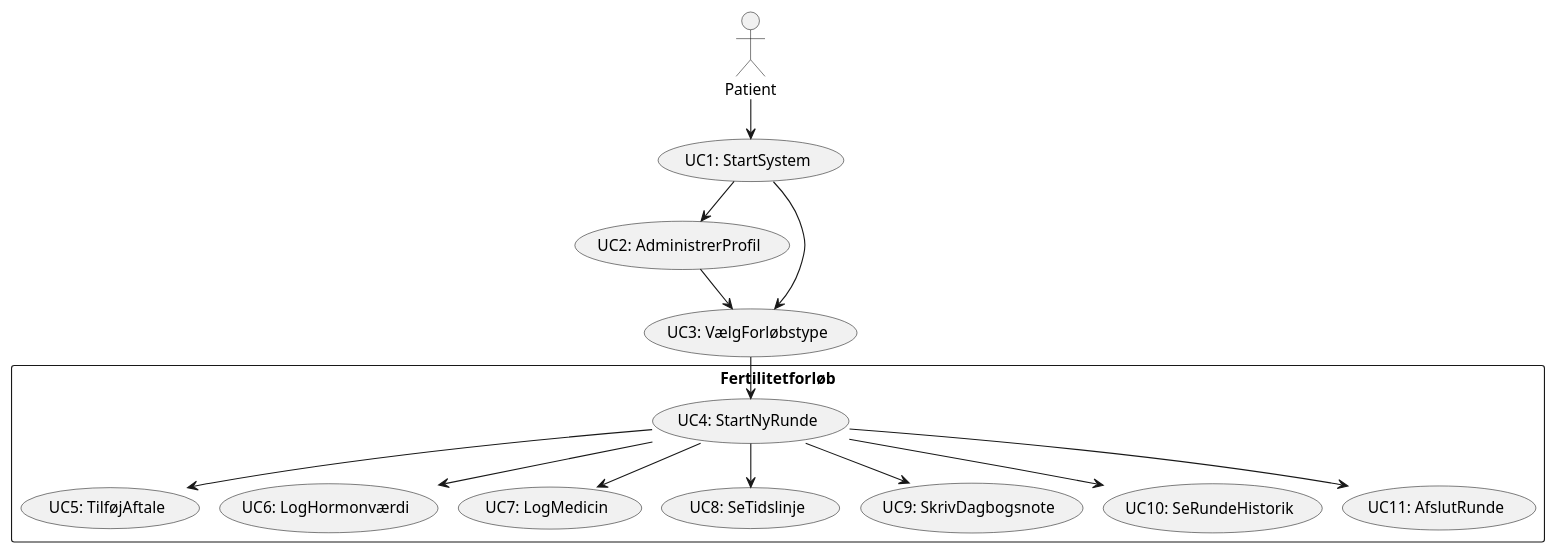
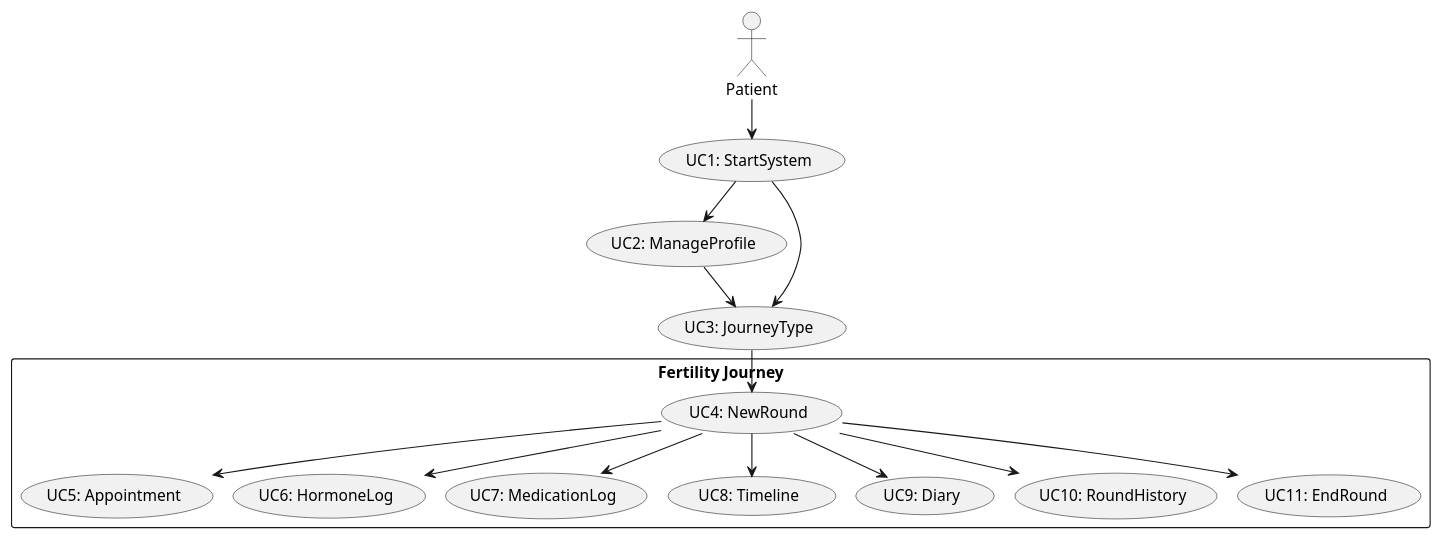
The diagram in doc/dynamic/usecase.puml (BesimaP/SP4---MiniSP), drawn with PlantUML before and after one commit. The commit also changed 2 other files, not shown here.

Commit message:
klassediagram session oprettet

```diff
--- a/doc/dynamic/usecase.puml
+++ b/doc/dynamic/usecase.puml
@@ -1,35 +1,35 @@
 @startuml
 !pragma layout smetana
 
 actor "Patient" as u
 
 usecase "UC1: StartSystem" as UC1
-usecase "UC2: AdministrerProfil" as UC2
-usecase "UC3: VælgForløbstype" as UC3
+usecase "UC2: ManageProfile" as UC2
+usecase "UC3: JourneyType" as UC3
 
-rectangle "Fertilitetforløb" {
-  usecase "UC4: StartNyRunde" as UC4
-  usecase "UC5: TilføjAftale" as UC5
-  usecase "UC6: LogHormonværdi" as UC6
-  usecase "UC7: LogMedicin" as UC7
-  usecase "UC8: SeTidslinje" as UC8
-  usecase "UC9: SkrivDagbogsnote" as UC9
-  usecase "UC10: SeRundeHistorik" as UC10
-  usecase "UC11: AfslutRunde" as UC11
+rectangle "Fertility Journey" {
+  usecase "UC4: NewRound" as UC4
+  usecase "UC5: Appointment" as UC5
+  usecase "UC6: HormoneLog" as UC6
+  usecase "UC7: MedicationLog" as UC7
+  usecase "UC8: Timeline" as UC8
+  usecase "UC9: Diary" as UC9
+  usecase "UC10: RoundHistory" as UC10
+  usecase "UC11: EndRound" as UC11
 }
 
 u --> UC1
 
 UC1 --> UC2
 UC1 --> UC3
 UC2 --> UC3
 UC3 --> UC4
 UC4 --> UC5
 UC4 --> UC6
 UC4 --> UC7
 UC4 --> UC8
 UC4 --> UC9
 UC4 --> UC10
 UC4 --> UC11
 
 @enduml
```
